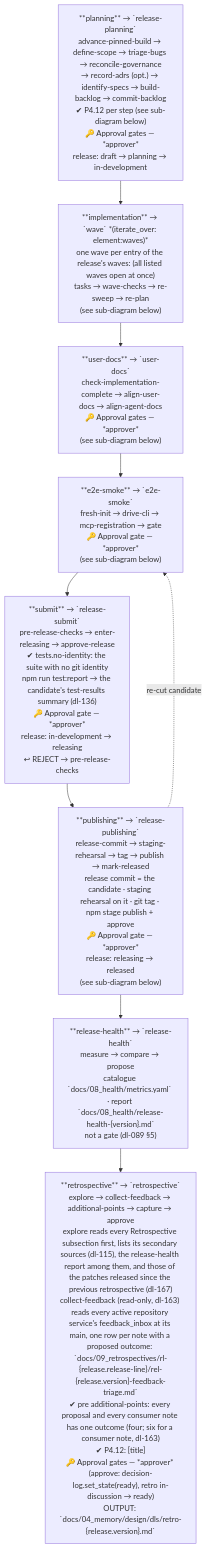
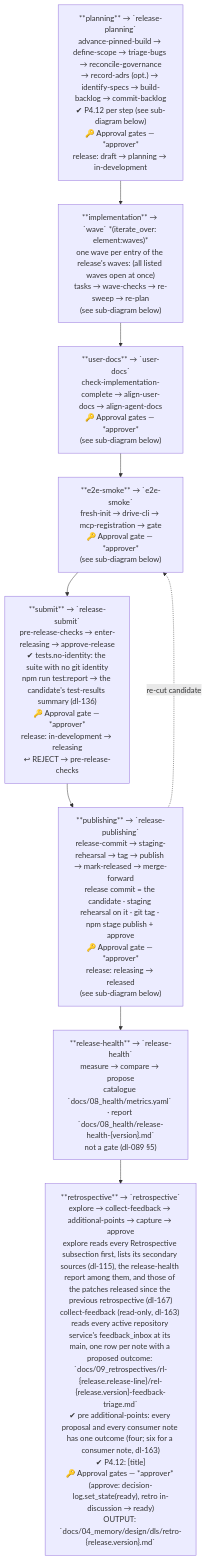
The eighth of 29 diagrams in .wingfoil/WORKFLOW.md (wingfoil/wingfoil), drawn with Mermaid before and after one commit. The commit also changed other lines of this file and 8 other files, not shown here.

First line of the commit message:
fix(workflow): task-306 — merge-forward phase, tarball wait, tests.passing run (bug-428, bug-433, bug-405)

````diff
--- a/.wingfoil/WORKFLOW.md
+++ b/.wingfoil/WORKFLOW.md
@@ -191,21 +191,21 @@
 ```mermaid
 flowchart TD
     RP["**planning** → `release-planning`\nadvance-pinned-build → define-scope → triage-bugs → reconcile-governance\n→ record-adrs (opt.) → identify-specs → build-backlog → commit-backlog\n✔ P4.12 per step (see sub-diagram below)\n🔑 Approval gates — *approver*\nrelease: draft → planning → in-development"]
 
     DL["**implementation** → `wave` *(iterate_over: element:waves)*\none wave per entry of the release's waves: (all listed waves open at once)\ntasks → wave-checks → re-sweep → re-plan\n(see sub-diagram below)"]
 
     UD["**user-docs** → `user-docs`\ncheck-implementation-complete → align-user-docs → align-agent-docs\n🔑 Approval gates — *approver*\n(see sub-diagram below)"]
 
     ES["**e2e-smoke** → `e2e-smoke`\nfresh-init → drive-cli → mcp-registration → gate\n🔑 Approval gate — *approver*\n(see sub-diagram below)"]
 
     RS["**submit** → `release-submit`\npre-release-checks → enter-releasing → approve-release\n✔ tests.no-identity: the suite with no git identity\nnpm run test:report → the candidate's test-results summary (dl-136)\n🔑 Approval gate — *approver*\nrelease: in-development → releasing\n↩ REJECT → pre-release-checks"]
 
-    RP2["**publishing** → `release-publishing`\nrelease-commit → staging-rehearsal → tag → publish → mark-released\nrelease commit = the candidate · staging rehearsal on it · git tag · npm stage publish + approve\n🔑 Approval gate — *approver*\nrelease: releasing → released\n(see sub-diagram below)"]
+    RP2["**publishing** → `release-publishing`\nrelease-commit → staging-rehearsal → tag → publish → mark-released → merge-forward\nrelease commit = the candidate · staging rehearsal on it · git tag · npm stage publish + approve\n🔑 Approval gate — *approver*\nrelease: releasing → released\n(see sub-diagram below)"]
 
     RT["**retrospective** → `retrospective`\nexplore → collect-feedback → additional-points → capture → approve\nexplore reads every Retrospective subsection first, lists its secondary sources (dl-115), the release-health report among them, and those of the patches released since the previous retrospective (dl-167)\ncollect-feedback (read-only, dl-163) reads every active repository service's feedback_inbox at its main, one row per note with a proposed outcome: `docs/09_retrospectives/rl-{release.release-line}/rel-{release.version}-feedback-triage.md`\n✔ pre additional-points: every proposal and every consumer note has one outcome (four; six for a consumer note, dl-163)\n✔ P4.12: [title]\n🔑 Approval gates — *approver* (approve: decision-log.set_state(ready), retro in-discussion → ready)\nOUTPUT: `docs/04_memory/design/dls/retro-{release.version}.md`"]
 
     RH["**release-health** → `release-health`\nmeasure → compare → propose\ncatalogue `docs/08_health/metrics.yaml` · report `docs/08_health/release-health-{version}.md`\nnot a gate (dl-089 §5)"]
 
     RP --> DL --> UD --> ES --> RS --> RP2 --> RH --> RT
     RP2 -.->|re-cut candidate| ES
 ```
````
